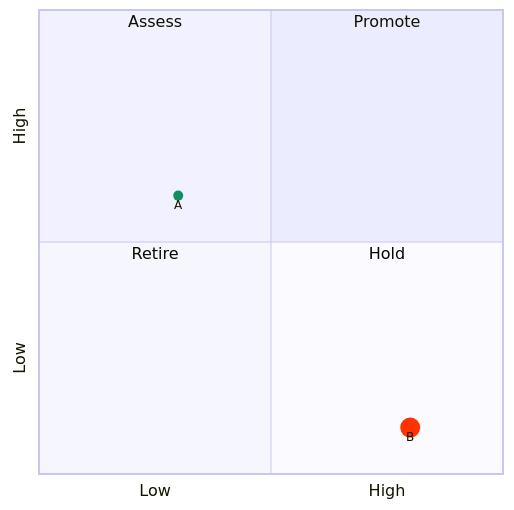
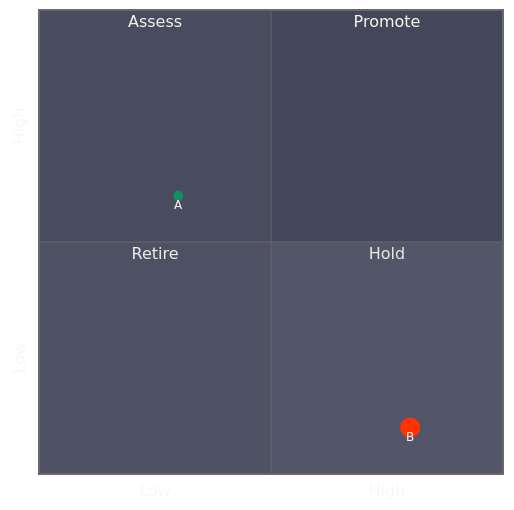
Before and after one commit to bsamiee/Rasm: the sixth of 21 diagrams in .claude/skills/mermaid-diagramming/references/syntax-extended.md, drawn with Mermaid. The commit also changed other lines of this file and 27 other files, not shown here.

````diff
--- a/.claude/skills/mermaid-diagramming/references/syntax-extended.md
+++ b/.claude/skills/mermaid-diagramming/references/syntax-extended.md
@@ -112,12 +127,20 @@
 ```mermaid
+---
+config:
+  theme: base
+  themeVariables:
+    darkMode: true
+    primaryColor: "#44475A"
+    primaryTextColor: "#F8F8F2"
+---
 quadrantChart
   x-axis Low --> High
   y-axis Low --> High
   quadrant-1 Promote
   quadrant-2 Assess
   quadrant-3 Retire
   quadrant-4 Hold
   A:::c1: [0.3, 0.6]
   B: [0.8, 0.1] color: #ff3300, radius: 10
   classDef c1 color: #109060
 ```
````
